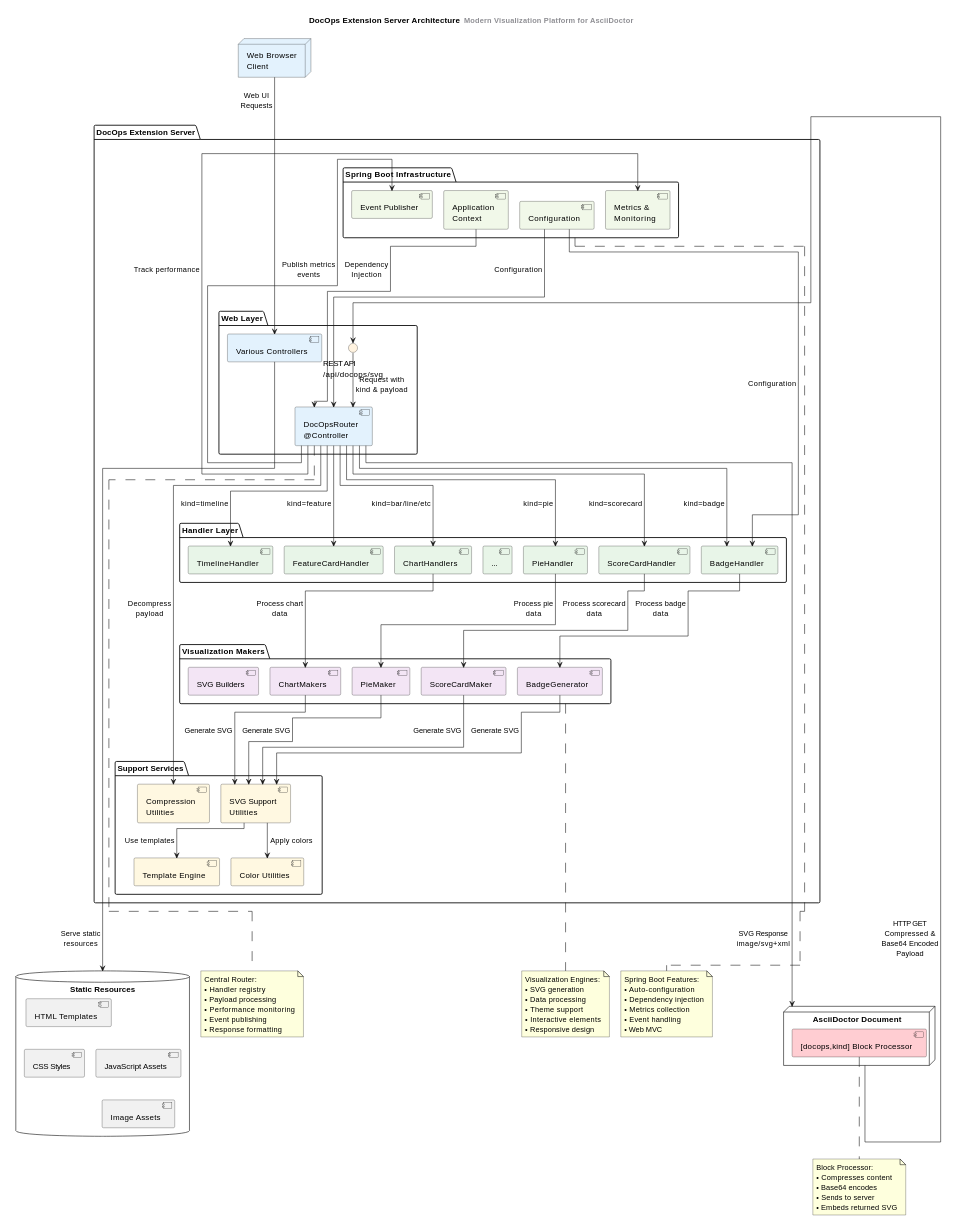
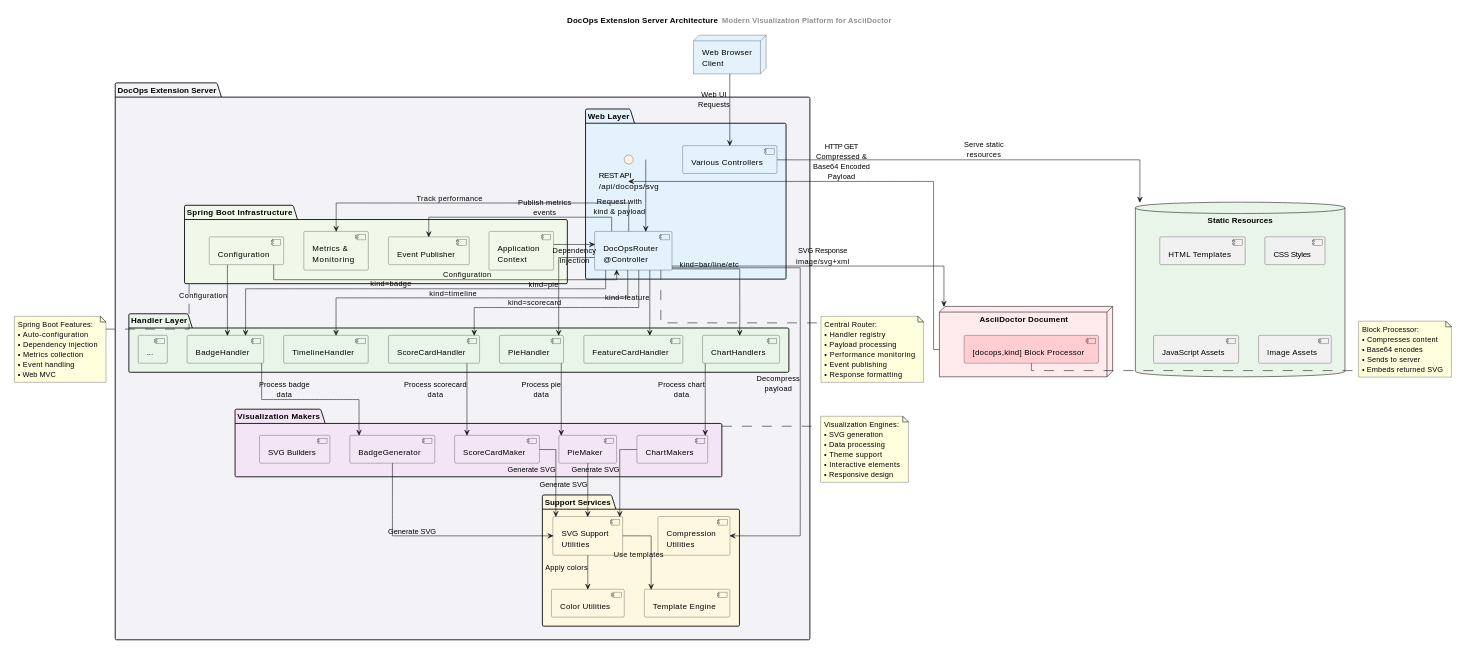
One commit to docops-info/docops-extension-sever changed the first of 2 diagrams in src/docs/asciidoc/arch.adoc. Above: the diagram before and after it, drawn with PlantUML. The commit also changed 156 other files, not shown here.

Commit message:
Remove `graph.json` documentation as it is outdated and no longer relevant.

```diff
--- a/src/docs/asciidoc/arch.adoc
+++ b/src/docs/asciidoc/arch.adoc
@@ -273,7 +273,7 @@
 [plantuml, comp,format=svg ]
 ----
 @startuml
-!pragma layout elk
+!pragma layout teoz
 skinparam linetype ortho
 scale 0.4
 
```
